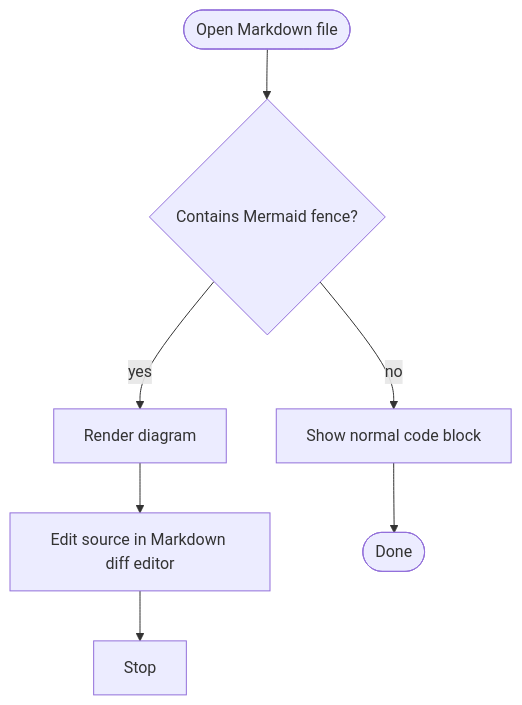
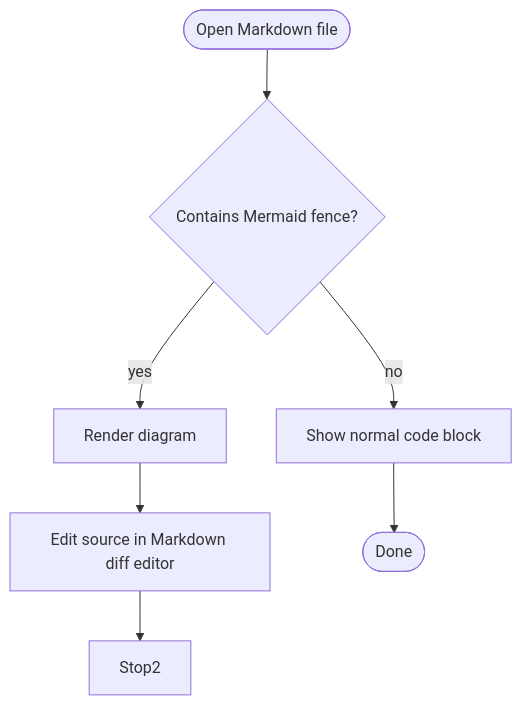
One commit to grlap/TermAl changed the diagram in docs/mermaid-demo.md. Above: the diagram before and after it, drawn with Mermaid. The commit also changed other lines of this file and 10 other files, not shown here.

````diff
--- a/docs/mermaid-demo.md
+++ b/docs/mermaid-demo.md
@@ -3,9 +2,9 @@
 ```mermaid
 flowchart TD
   Start([Open Markdown file]) --> Detect{Contains Mermaid fence?}
   Detect -- yes --> Render[Render diagram]
   Detect -- no --> Code[Show normal code block]
   Render --> Edit[Edit source in Markdown diff editor]
   Code --> End([Done])
-  Edit --> Stop
+  Edit --> Stop2
 ```
````
